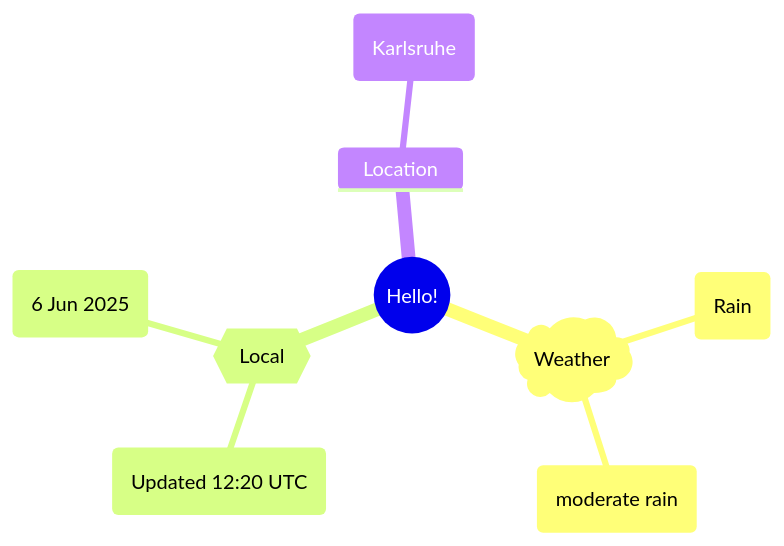
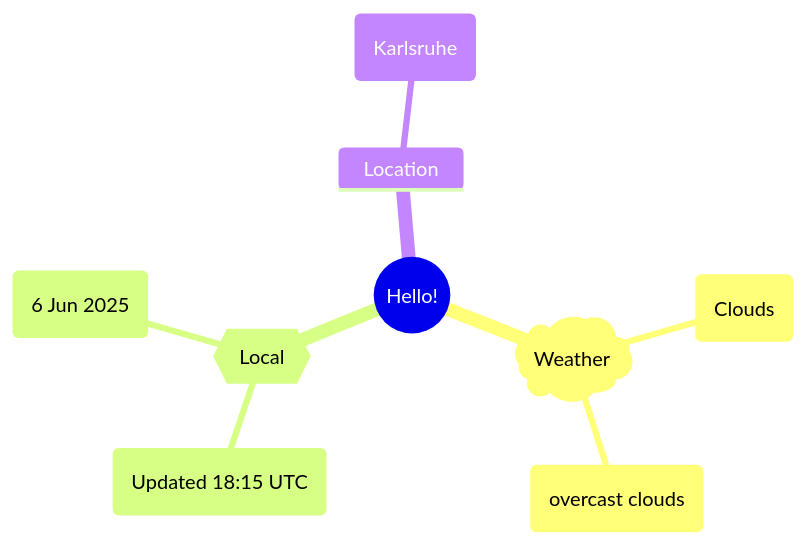
One commit to Xosrov/Xosrov changed the first of 2 diagrams in README.md. Above: the diagram before and after it, drawn with Mermaid.

Commit message:
[bot] updated images

````diff
--- a/README.md
+++ b/README.md
@@ -3,12 +3,12 @@
 ```mermaid
 mindmap
   root((Hello!))
     )Weather(
-        (Rain)
-        (moderate rain)
+        (Clouds)
+        (overcast clouds)
     {{Local}}
-        (Updated 12:20 UTC)
+        (Updated 18:15 UTC)
         (6 Jun 2025)
     Location
         (Karlsruhe)
 ```
````
